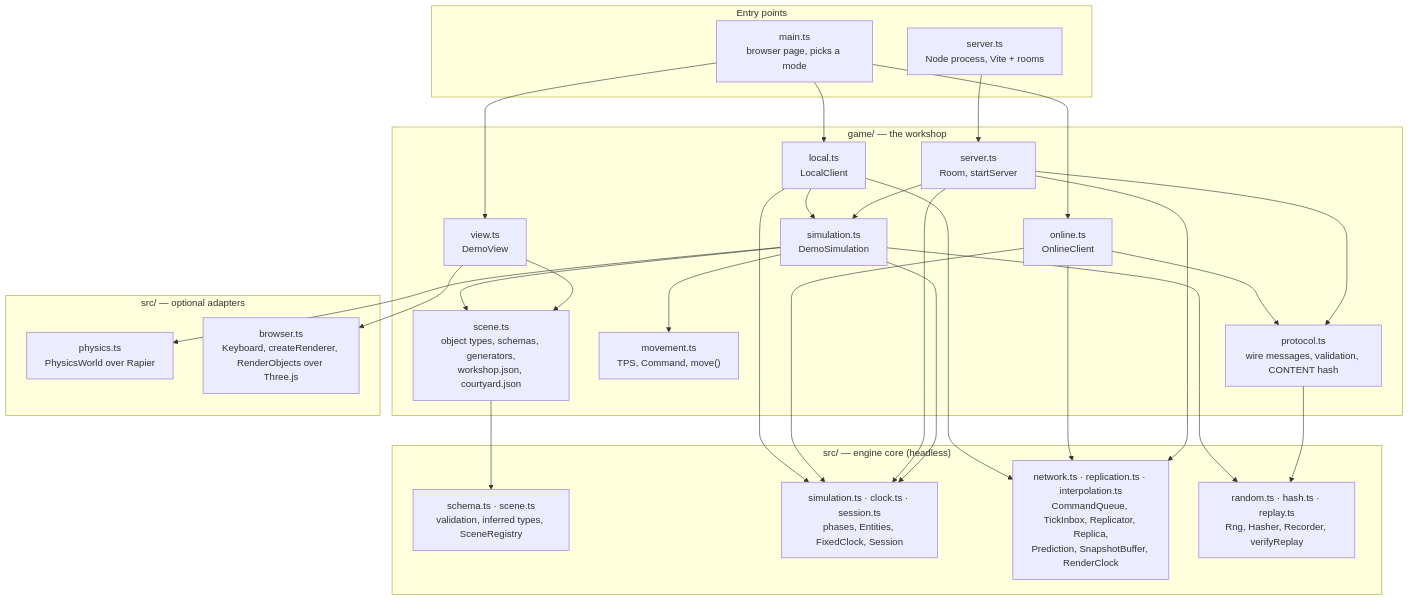
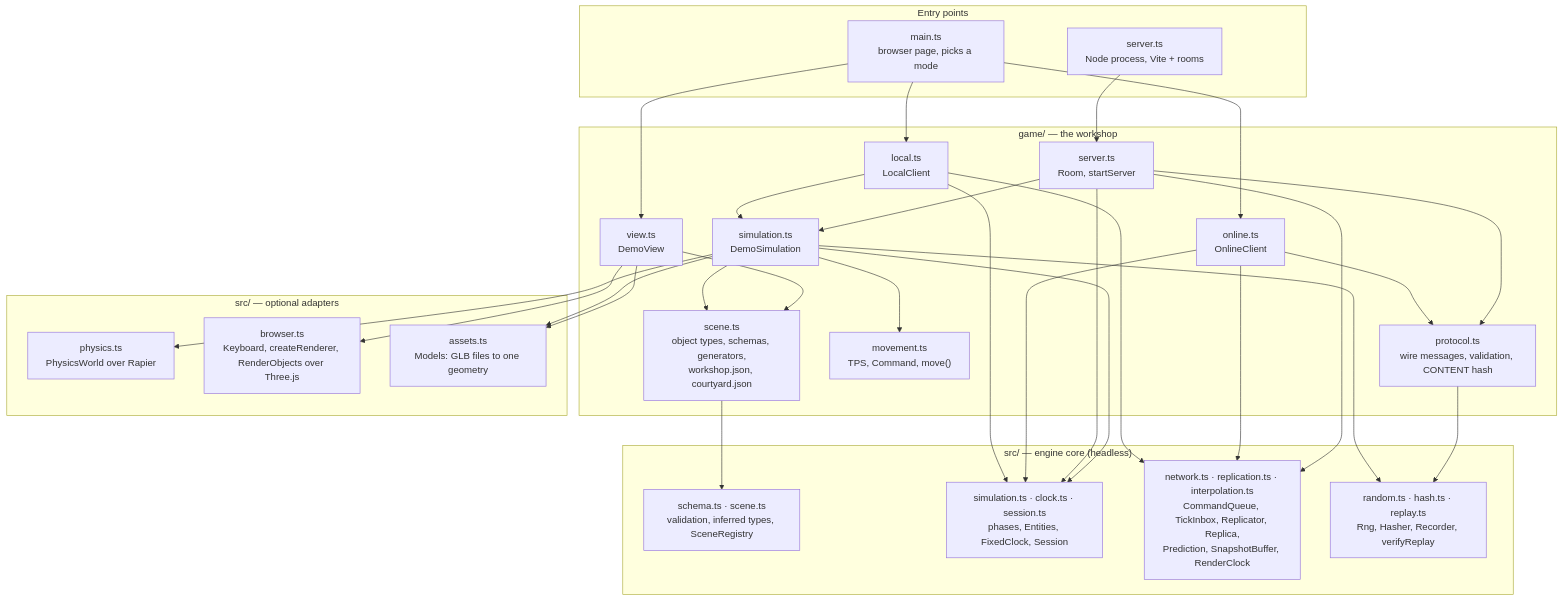
The first of 8 diagrams in ARCHITECTURE.md (jensbaagaard/gameEngineTS-rapier), drawn with Mermaid before and after one commit. The commit also changed other lines of this file and 19 other files, not shown here.

First line of the commit message:
Load GLB models on server and client and collide props with their hulls

````diff
--- a/ARCHITECTURE.md
+++ b/ARCHITECTURE.md
@@ -15,42 +15,43 @@
 ```mermaid
 flowchart TB
   subgraph entry["Entry points"]
     main["main.ts<br/>browser page, picks a mode"]
     serverEntry["server.ts<br/>Node process, Vite + rooms"]
   end
 
   subgraph game["game/ — the workshop"]
     scene["scene.ts<br/>object types, schemas, generators,<br/>workshop.json, courtyard.json"]
     movement["movement.ts<br/>TPS, Command, move()"]
     protocol["protocol.ts<br/>wire messages, validation, CONTENT hash"]
     sim["simulation.ts<br/>DemoSimulation"]
     view["view.ts<br/>DemoView"]
     local["local.ts<br/>LocalClient"]
     online["online.ts<br/>OnlineClient"]
     room["server.ts<br/>Room, startServer"]
   end
 
   subgraph core["src/ — engine core (headless)"]
     schema["schema.ts · scene.ts<br/>validation, inferred types, SceneRegistry"]
     loop["simulation.ts · clock.ts · session.ts<br/>phases, Entities, FixedClock, Session"]
     net["network.ts · replication.ts · interpolation.ts<br/>CommandQueue, TickInbox, Replicator, Replica,<br/>Prediction, SnapshotBuffer, RenderClock"]
     det["random.ts · hash.ts · replay.ts<br/>Rng, Hasher, Recorder, verifyReplay"]
   end
 
   subgraph adapters["src/ — optional adapters"]
     physics["physics.ts<br/>PhysicsWorld over Rapier"]
     browser["browser.ts<br/>Keyboard, createRenderer, RenderObjects over Three.js"]
+    assets["assets.ts<br/>Models: GLB files to one geometry"]
   end
 
   main --> local & online & view
   serverEntry --> room
   local --> sim
   online --> protocol
   room --> sim & protocol
-  sim --> scene & movement & physics
-  view --> scene & browser
+  sim --> scene & movement & physics & assets
+  view --> scene & browser & assets
   local & online & room --> loop & net
   scene --> schema
   sim --> loop & det
   protocol --> det
 ```
````
